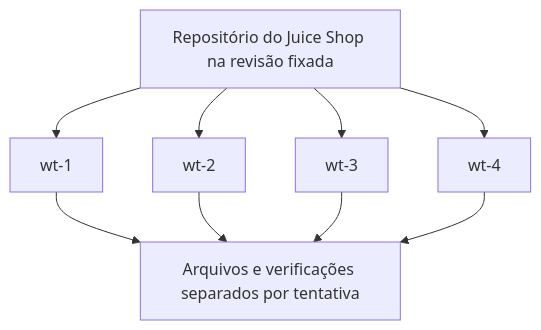
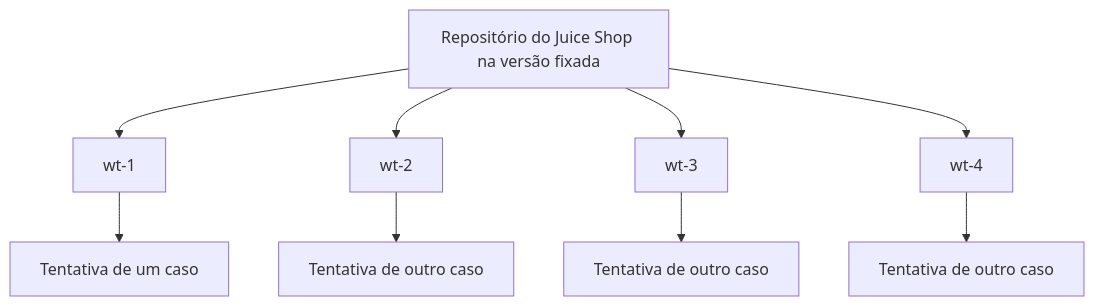
Before and after one commit to MatheussBrant/TCC2---Escrita: the second of 2 diagrams in manuscrito/04-implementacao.md, drawn with Mermaid. The commit also changed other lines of this file and 4 other files, not shown here.

````diff
--- a/manuscrito/04-implementacao.md
+++ b/manuscrito/04-implementacao.md
@@ -130,11 +52,11 @@
 ```mermaid
 flowchart TD
-    R[Repositório do Juice Shop na revisão fixada] --> W1[wt-1]
+    R[Repositório do Juice Shop na versão fixada] --> W1[wt-1]
     R --> W2[wt-2]
     R --> W3[wt-3]
     R --> W4[wt-4]
-    W1 --> A[Arquivos e verificações separados por tentativa]
-    W2 --> A
-    W3 --> A
-    W4 --> A
+    W1 --> T1[Tentativa de um caso]
+    W2 --> T2[Tentativa de outro caso]
+    W3 --> T3[Tentativa de outro caso]
+    W4 --> T4[Tentativa de outro caso]
 ```
````
